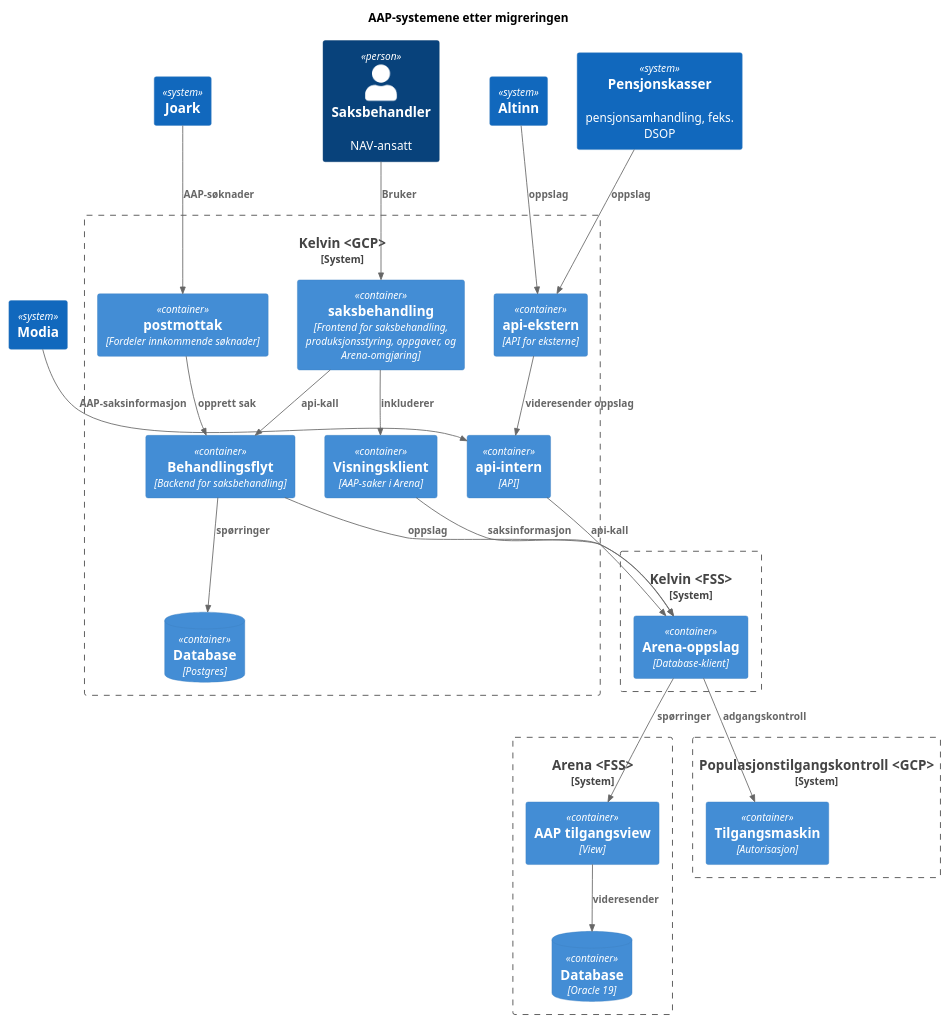
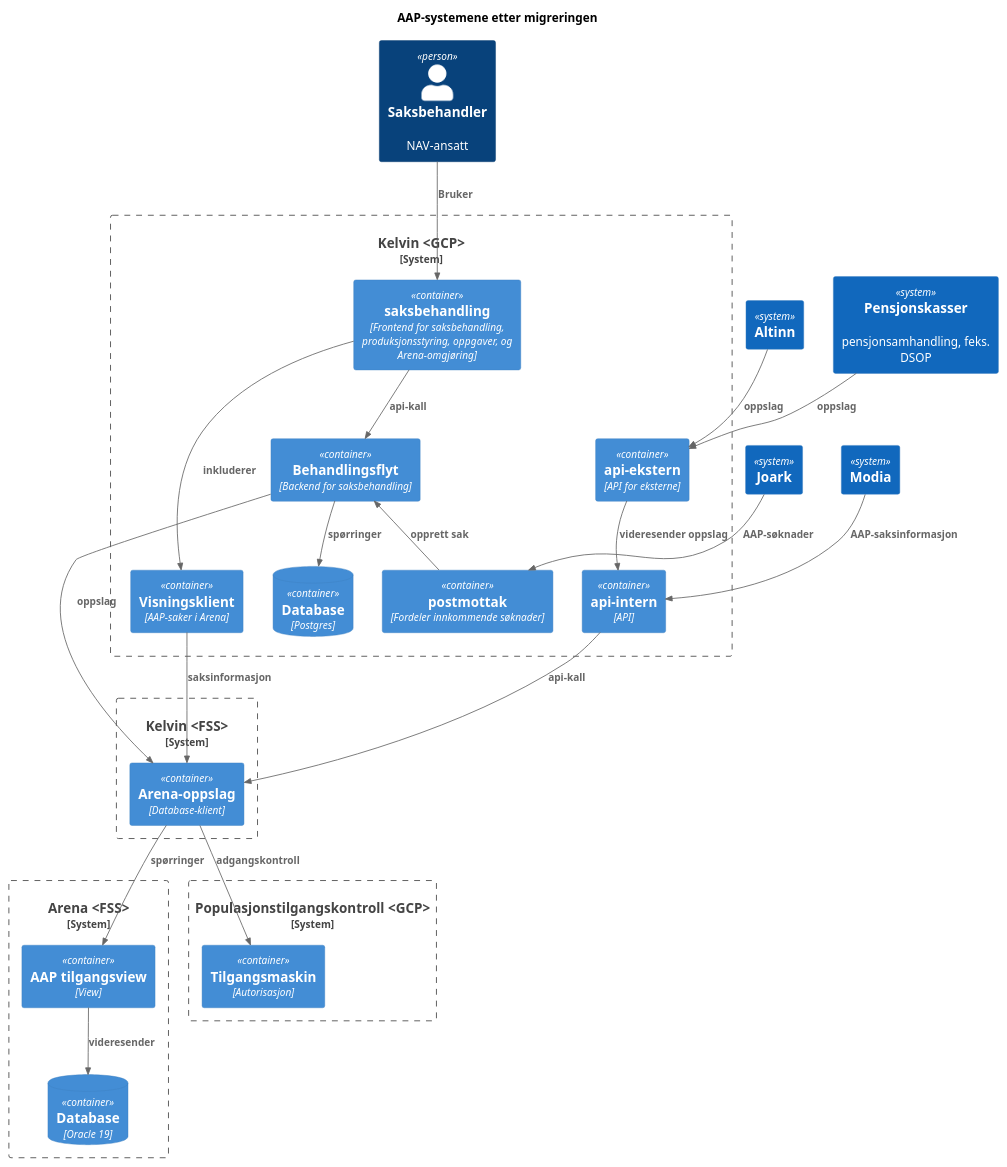
Before and after one commit to navikt/aap-arenaoppslag: the diagram in docs/component_overview_after.plantuml, drawn with PlantUML.

Commit message:
ta med Modia også

```diff
--- a/docs/component_overview_after.plantuml
+++ b/docs/component_overview_after.plantuml
@@ -1,63 +1,65 @@
 @startuml
 !include https://raw.githubusercontent.com/plantuml-stdlib/C4-PlantUML/master/C4_Container.puml
 title AAP-systemene etter migreringen
 
 System(joark, "Joark")
 System(altinn, "Altinn")
 System(pensjonkasser, "Pensjonskasser", "pensjonsamhandling, feks. DSOP")
 System(modia, "Modia", "")
 Person(saksbehandler, "Saksbehandler", "NAV-ansatt")
 
 System_Boundary(kelvin, "Kelvin <GCP>") {
-    Container(postmottak, "postmottak", "Fordeler innkommende søknader")
-    Container(saksbehandling_kelvin, "saksbehandling", "Frontend for saksbehandling, produksjonsstyring, oppgaver, og Arena-omgjøring")
-    Container(behandlingsflyt, "Behandlingsflyt", "Backend for saksbehandling")
-    Container(api_intern, "api-intern", "API")
-    Container(api_ekstern, "api-ekstern", "API for eksterne")
-    ContainerDb(kelvin_db, "Database", "Postgres")
-
-    Container(visningsklient, "Visningsklient", "AAP-saker i Arena")
-
-    Rel(api_ekstern, api_intern, "videresender oppslag")
+    together {
+        Container(postmottak, "postmottak", "Fordeler innkommende søknader")
+        Container(saksbehandling_kelvin, "saksbehandling", "Frontend for saksbehandling, produksjonsstyring, oppgaver, og Arena-omgjøring")
+        Container(behandlingsflyt, "Behandlingsflyt", "Backend for saksbehandling")
+        ContainerDb(kelvin_db, "Database", "Postgres")
+        Container(visningsklient, "Visningsklient", "AAP-saker i Arena")
+    }
+    together {
+        Container(api_ekstern, "api-ekstern", "API for eksterne")
+        Container(api_intern, "api-intern", "API")
+    }
+    Rel_D(api_ekstern, api_intern, "videresender oppslag")
     Rel(saksbehandling_kelvin, behandlingsflyt, "api-kall")
     Rel(behandlingsflyt, kelvin_db, "spørringer")
     Rel(modia, api_intern, "AAP-saksinformasjon")
 
     Rel(postmottak, behandlingsflyt, "opprett sak")
 }
 
 System_Boundary(arena, "Arena <FSS>") {
     ContainerDb(arena_db, "Database", "Oracle 19")
     Container(aap_tilgangsview, "AAP tilgangsview", "View")
     Rel(aap_tilgangsview, arena_db, "videresender")
 }
 
 System_Boundary(kelvin_fss, "Kelvin <FSS>") {
     Container(arena_oppslag, "Arena-oppslag", "Database-klient")
 
 
     Rel(arena_oppslag, aap_tilgangsview, "spørringer")
 
     Rel(api_intern, arena_oppslag, "api-kall")
 }
 
 System_Boundary(tilgangsmaskin_gcp, "Populasjonstilgangskontroll <GCP>") {
     Container(tilgangsmaskin, "Tilgangsmaskin", "Autorisasjon")
     Rel(arena_oppslag, tilgangsmaskin, "adgangskontroll")
 }
 
 Rel(pensjonkasser, api_ekstern, "oppslag")
 Rel(joark, postmottak, "AAP-søknader")
 Rel(altinn, api_ekstern, "oppslag")
 
 Rel(visningsklient, arena_oppslag, "saksinformasjon")
 Rel(behandlingsflyt, arena_oppslag, "oppslag")
 
 Rel(saksbehandler, saksbehandling_kelvin, "Bruker")
 Rel(saksbehandling_kelvin, visningsklient, "inkluderer")
 
 Lay_L(postmottak, saksbehandling_kelvin)
 Lay_U(kelvin_db, behandlingsflyt)
-Lay_U(api_intern, api_ekstern)
 Lay_R(visningsklient, api_intern)
+Lay_R(saksbehandling_kelvin, api_ekstern)
 @enduml
```
